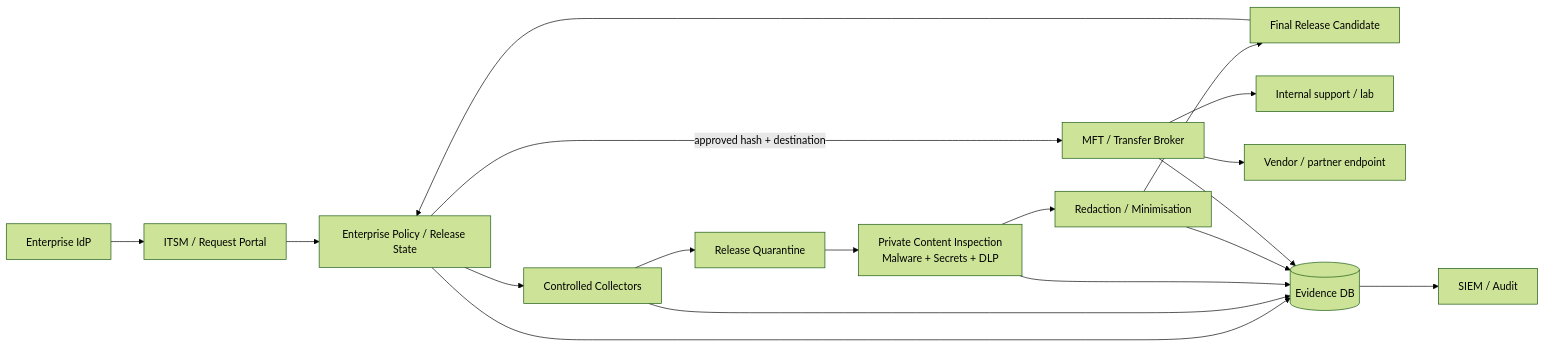
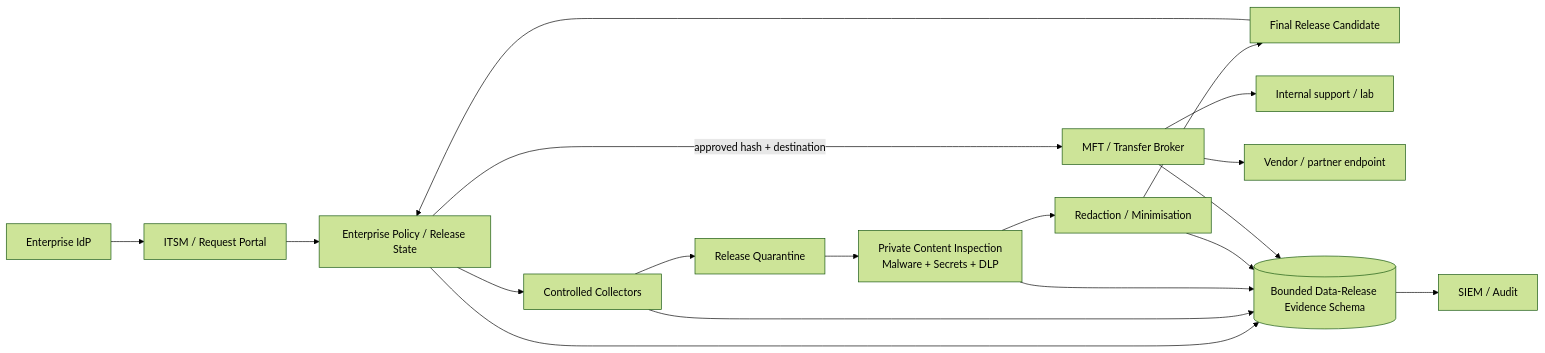
The diagram in controlled-data-release-tooling.md (jfang88/QuarantineDownload), drawn with Mermaid (forest theme) before and after one commit. The commit also changed other lines of this file and 9 other files, not shown here.

````diff
--- a/controlled-data-release-tooling.md
+++ b/controlled-data-release-tooling.md
@@ -346,20 +415,20 @@
 ```mermaid
 flowchart LR
     ITSM[ITSM / Request Portal] --> Policy[Enterprise Policy / Release State]
     IdP[Enterprise IdP] --> ITSM
     Policy --> Collector[Controlled Collectors]
     Collector --> Store[Release Quarantine]
     Store --> Inspect[Private Content Inspection\nMalware + Secrets + DLP]
     Inspect --> Transform[Redaction / Minimisation]
     Transform --> Store2[Final Release Candidate]
     Store2 --> Policy
     Policy -->|approved hash + destination| MFT[MFT / Transfer Broker]
     MFT --> Internal[Internal support / lab]
     MFT --> Vendor[Vendor / partner endpoint]
-    Policy --> Evidence[(Evidence DB)]
+    Policy --> Evidence[(Bounded Data-Release Evidence Schema)]
     Collector --> Evidence
     Inspect --> Evidence
     Transform --> Evidence
     MFT --> Evidence
     Evidence --> SIEM[SIEM / Audit]
 ```
````
